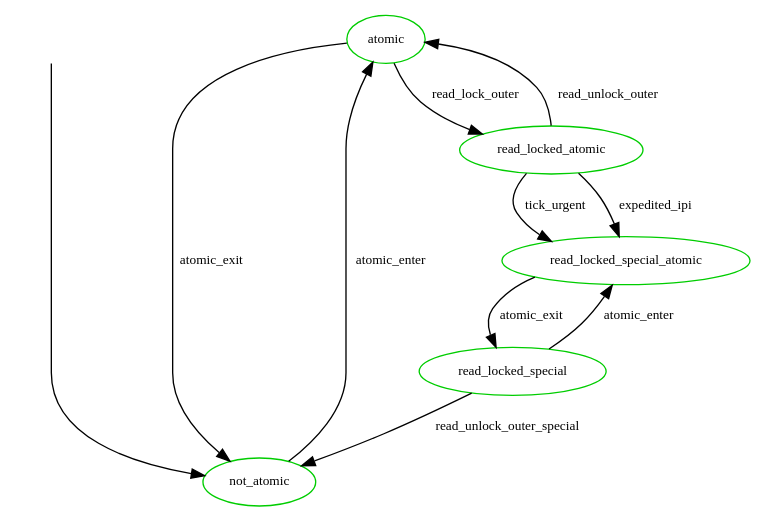
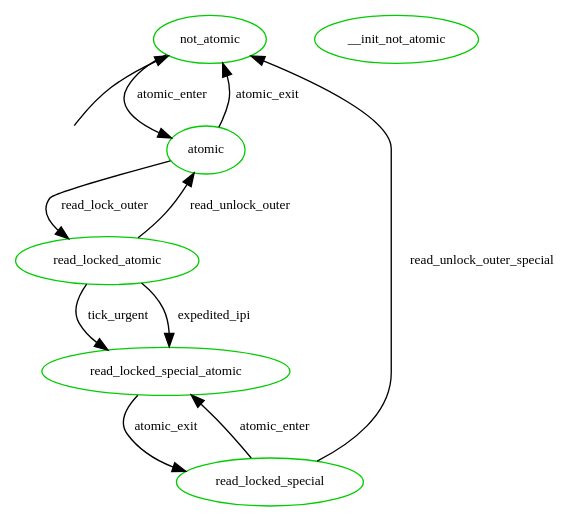
The diagram in Dot_Models/defer_atomic_rlock_runlock.dot (joelagnel/RCU_Supremica), drawn with Graphviz before and after one commit. The commit also changed 1 other file, not shown here.

```diff
--- a/Dot_Models/defer_atomic_rlock_runlock.dot
+++ b/Dot_Models/defer_atomic_rlock_runlock.dot
@@ -1,33 +1,33 @@
 digraph state_automaton {
 	center = true;
 	// size = "700,800";
 	nodesep = 0.5;
 	{node [shape = plaintext, style=invis, label=""] "__init_atomic"};
 	node [shape = ellipse, fontsize=10, color = green3];
 	edge [fontsize=10];
 
 	"__init_atomic" -> "not_atomic";
 
 	/* Handling for pirq dis, read-lock, read-unlock, pirq en */
 	"atomic" [label = "atomic"];
 	"read_locked_atomic" [label = "read_locked_atomic"];
 	"atomic" -> "read_locked_atomic" [ label = "read_lock_outer" ];
 	"read_locked_atomic" -> "atomic" [ label = "read_unlock_outer" ];
 	/* After transition to read_locked_special_atomic,
 	 * everything remains same as defer_rlock_atomic_runlock.dot */
 	"read_locked_atomic" -> "read_locked_special_atomic" [ label = "tick_urgent" ];
 	"read_locked_atomic" -> "read_locked_special_atomic" [ label = "expedited_ipi" ];
 
         "read_locked_special" -> "read_locked_special_atomic" [ label = "atomic_enter" ];
         "read_locked_special_atomic" -> "read_locked_special" [ label = "atomic_exit" ];
 
 	"read_locked_special" -> "not_atomic" [ label = "read_unlock_outer_special" ];
 	"atomic" -> "not_atomic" [ label = "atomic_exit" ];
 	"not_atomic" -> "atomic" [ label = "atomic_enter" ];
 
 
 	{ rank = min ;
-		"__init_atomic";
-		"atomic";
+		"__init_not_atomic";
+		"not_atomic";
 	}
 }
```
